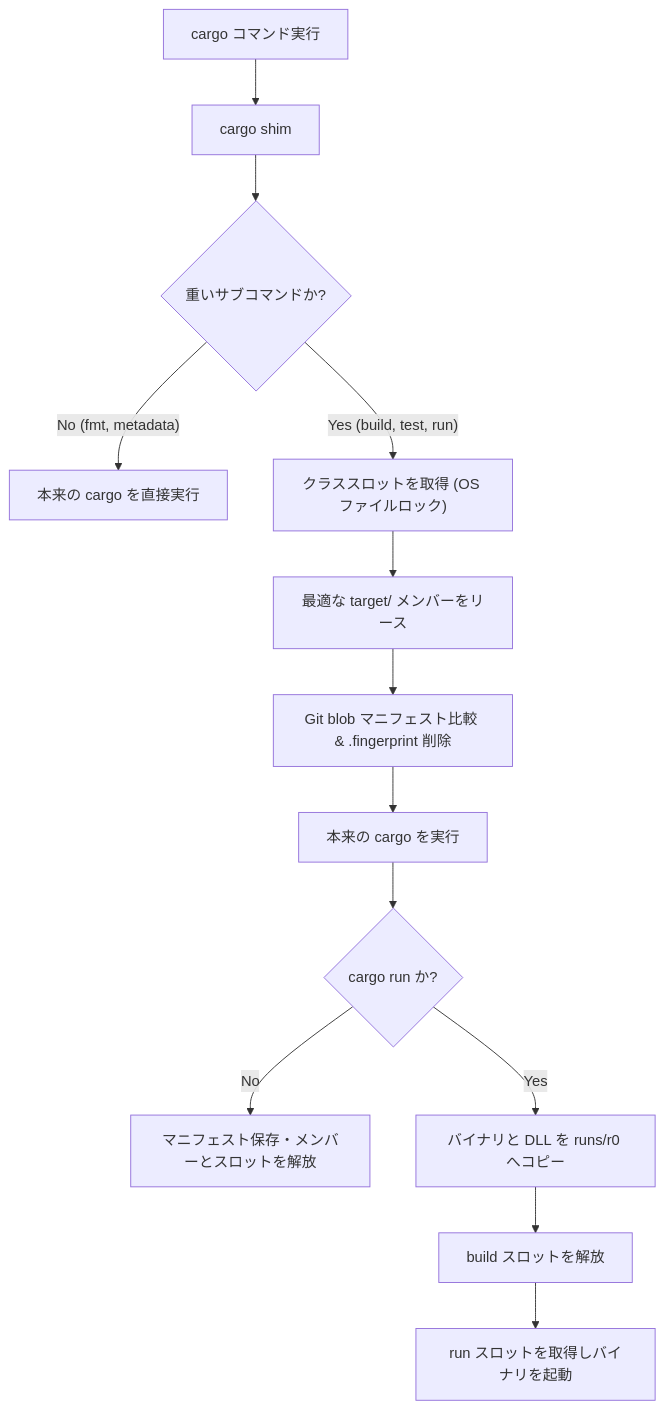
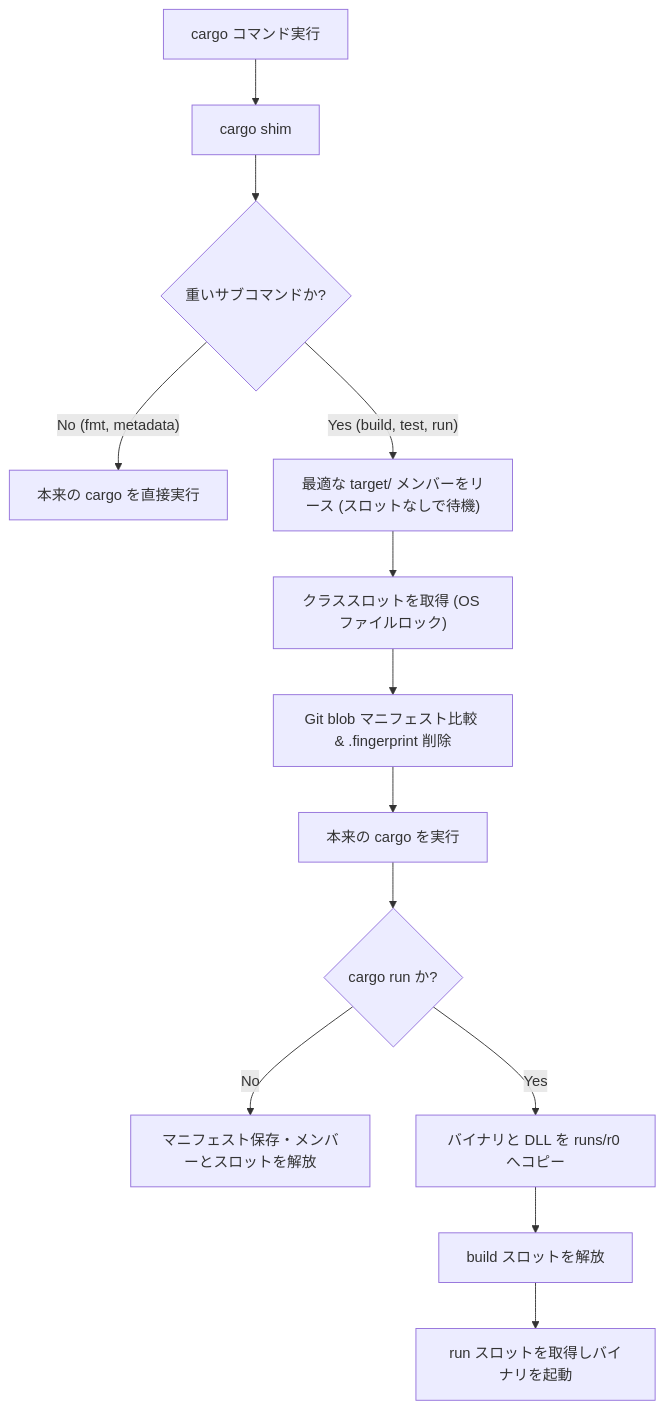
The first of 2 diagrams in docs/architecture.ja.md (r4ai/buildq), drawn with Mermaid before and after one commit. The commit also changed other lines of this file and 3 other files, not shown here.

First line of the commit message:
fix: lease the pool member before taking a build slot (#90)

````diff
--- a/docs/architecture.ja.md
+++ b/docs/architecture.ja.md
@@ -8,15 +8,15 @@
 ```mermaid
 flowchart TD
     Cmd["cargo コマンド実行"] --> Shim["cargo shim"]
     Shim --> IsHeavy{"重いサブコマンドか?"}
     IsHeavy -- "No (fmt, metadata)" --> Direct["本来の cargo を直接実行"]
-    IsHeavy -- "Yes (build, test, run)" --> Queue["クラススロットを取得 (OS ファイルロック)"]
-    Queue --> Pool["最適な target/ メンバーをリース"]
-    Pool --> Manifest["Git blob マニフェスト比較 & .fingerprint 削除"]
+    IsHeavy -- "Yes (build, test, run)" --> Pool["最適な target/ メンバーをリース (スロットなしで待機)"]
+    Pool --> Queue["クラススロットを取得 (OS ファイルロック)"]
+    Queue --> Manifest["Git blob マニフェスト比較 & .fingerprint 削除"]
     Manifest --> Cargo["本来の cargo を実行"]
     Cargo --> IsRun{"cargo run か?"}
     IsRun -- "No" --> Release["マニフェスト保存・メンバーとスロットを解放"]
     IsRun -- "Yes" --> CopyBin["バイナリと DLL を runs/r0 へコピー"]
     CopyBin --> ReleaseBuild["build スロットを解放"]
     ReleaseBuild --> RunSlot["run スロットを取得しバイナリを起動"]
 ```
````
